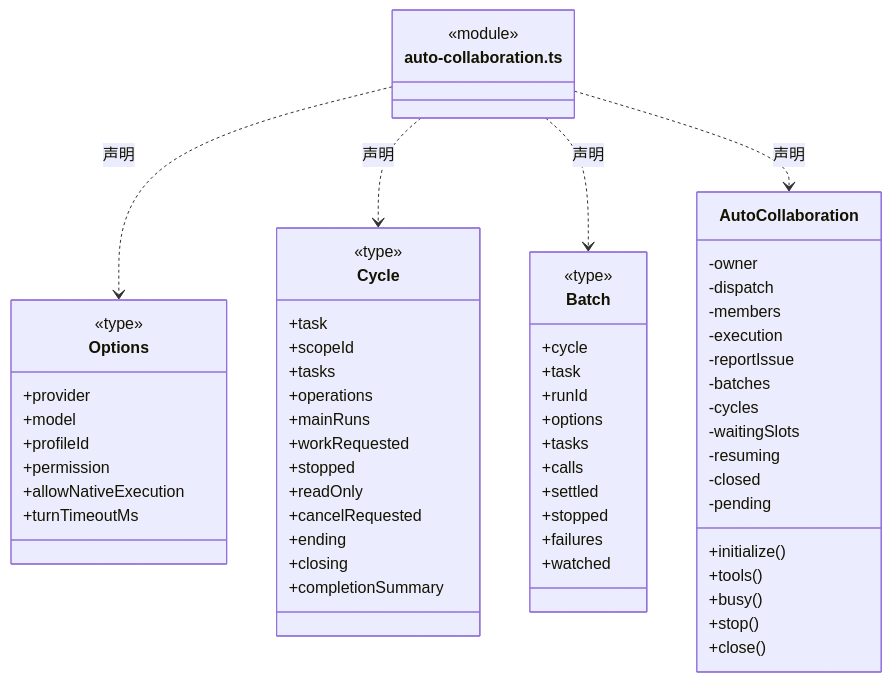
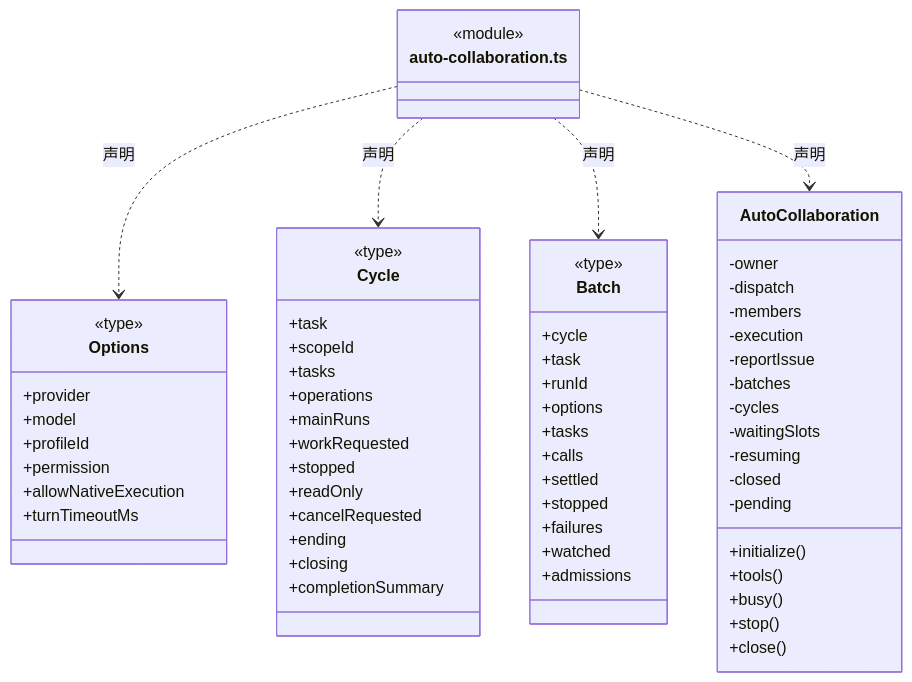
The third of 42 diagrams in src/backend/scheduler-engine/execution/ARCHITECTURE.md (nan023062/cbim), drawn with Mermaid before and after one commit. The commit also changed other lines of this file and 70 other files, not shown here.

````diff
--- a/src/backend/scheduler-engine/execution/ARCHITECTURE.md
+++ b/src/backend/scheduler-engine/execution/ARCHITECTURE.md
@@ -50,65 +77,66 @@
 ```mermaid
 classDiagram
 class N_src_backend_scheduler_engine_execution_auto_collaboration_ts["auto-collaboration.ts"] {
   <<module>>
 }
 class N_src_backend_scheduler_engine_execution_auto_collaboration_ts_Options["Options"] {
   <<type>>
   +provider
   +model
   +profileId
   +permission
   +allowNativeExecution
   +turnTimeoutMs
 }
 N_src_backend_scheduler_engine_execution_auto_collaboration_ts ..> N_src_backend_scheduler_engine_execution_auto_collaboration_ts_Options : 声明
 class N_src_backend_scheduler_engine_execution_auto_collaboration_ts_Cycle["Cycle"] {
   <<type>>
   +task
   +scopeId
   +tasks
   +operations
   +mainRuns
   +workRequested
   +stopped
   +readOnly
   +cancelRequested
   +ending
   +closing
   +completionSummary
 }
 N_src_backend_scheduler_engine_execution_auto_collaboration_ts ..> N_src_backend_scheduler_engine_execution_auto_collaboration_ts_Cycle : 声明
 class N_src_backend_scheduler_engine_execution_auto_collaboration_ts_Batch["Batch"] {
   <<type>>
   +cycle
   +task
   +runId
   +options
   +tasks
   +calls
   +settled
   +stopped
   +failures
   +watched
+  +admissions
 }
 N_src_backend_scheduler_engine_execution_auto_collaboration_ts ..> N_src_backend_scheduler_engine_execution_auto_collaboration_ts_Batch : 声明
 class N_src_backend_scheduler_engine_execution_auto_collaboration_ts_AutoCollaboration["AutoCollaboration"] {
   +initialize()
   +tools()
   +busy()
   +stop()
   +close()
   -owner
   -dispatch
   -members
   -execution
   -reportIssue
   -batches
   -cycles
   -waitingSlots
   -resuming
   -closed
   -pending
 }
 N_src_backend_scheduler_engine_execution_auto_collaboration_ts ..> N_src_backend_scheduler_engine_execution_auto_collaboration_ts_AutoCollaboration : 声明
 ```
````
